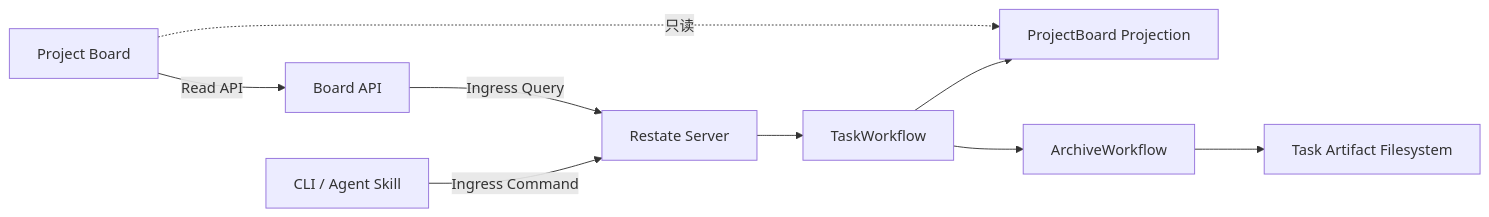
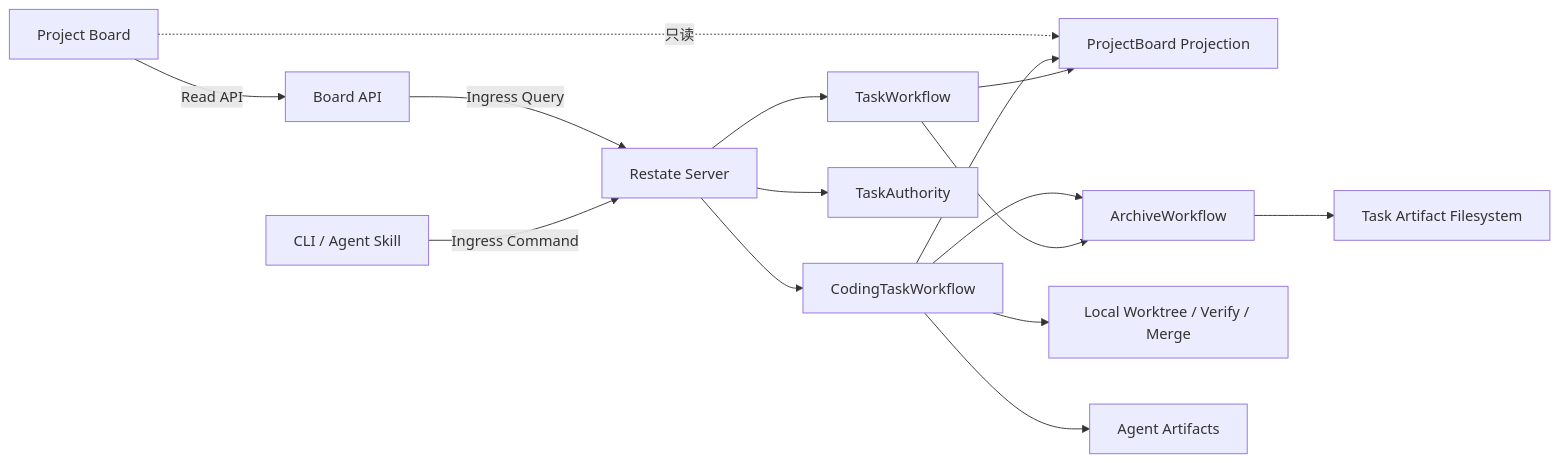
One commit to xxy2000s/moye changed the diagram in docs/knowledge/current/architecture/poc-01-restate.md. Above: the diagram before and after it, drawn with Mermaid. The commit also changed other lines of this file and 41 other files, not shown here.

Commit message:
feat(task-0006): close local coding workflow

````diff
--- a/docs/knowledge/current/architecture/poc-01-restate.md
+++ b/docs/knowledge/current/architecture/poc-01-restate.md
@@ -28,11 +30,17 @@
 ```mermaid
 flowchart LR
     CLI[CLI / Agent Skill] -->|Ingress Command| RS[Restate Server]
     UI[Project Board] -->|Read API| BA[Board API]
     BA -->|Ingress Query| RS
     RS --> TW[TaskWorkflow]
+    RS --> CW[CodingTaskWorkflow]
+    RS --> TA[TaskAuthority]
     TW --> PW[ProjectBoard Projection]
     TW --> AW[ArchiveWorkflow]
+    CW --> PW
+    CW --> AW
     AW --> FS[Task Artifact Filesystem]
+    CW --> GIT[Local Worktree / Verify / Merge]
+    CW --> AA[Agent Artifacts]
     UI -.只读.-> PW
 ```
````
